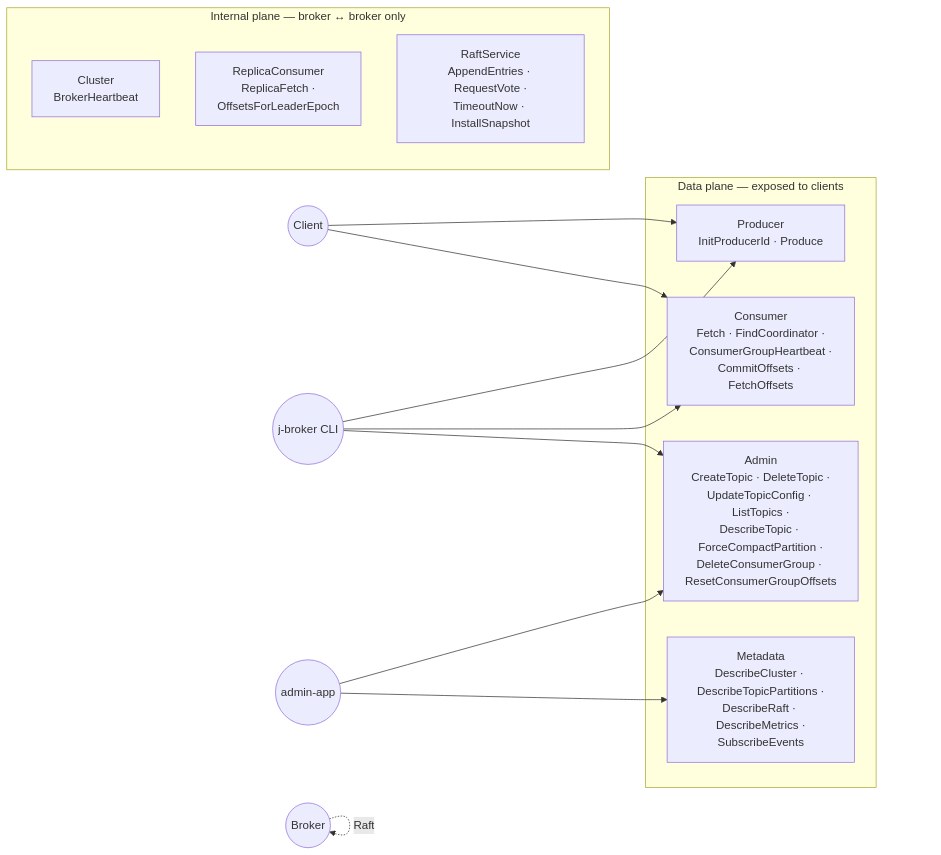
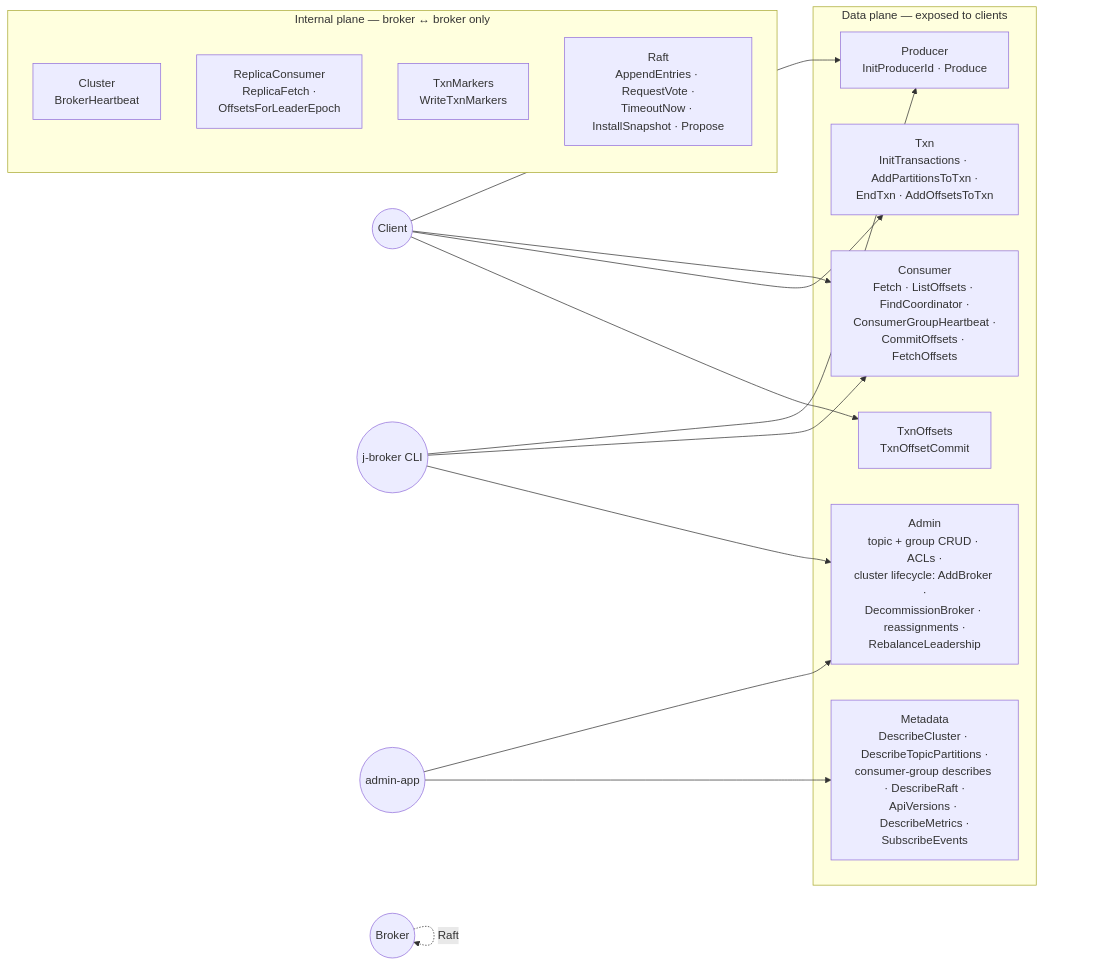
Before and after one commit to jeremainecheong/j-broker: the diagram in proto/README.md, drawn with Mermaid. The commit also changed other lines of this file, not shown here.

First line of the commit message:
docs(proto): txn.proto services, current Admin/Metadata/Consumer surface, Raft service named correctly

````diff
--- a/proto/README.md
+++ b/proto/README.md
@@ -7,27 +7,33 @@
 ```mermaid
 flowchart LR
     Client((Client)) --> Producer
     Client --> Consumer
+    Client --> Txn
+    Client --> TxnOffsets
     Admin_app((admin-app)) --> Admin
     Admin_app --> Metadata
     CLI((j-broker CLI)) --> Producer
     CLI --> Consumer
     CLI --> Admin
 
     subgraph DataPlane[Data plane — exposed to clients]
         Producer[Producer<br/>InitProducerId · Produce]
-        Consumer[Consumer<br/>Fetch · FindCoordinator ·<br/>ConsumerGroupHeartbeat ·<br/>CommitOffsets · FetchOffsets]
-        Admin[Admin<br/>CreateTopic · DeleteTopic ·<br/>UpdateTopicConfig · ListTopics ·<br/>DescribeTopic · ForceCompactPartition ·<br/>DeleteConsumerGroup · ResetConsumerGroupOffsets]
-        Metadata[Metadata<br/>DescribeCluster · DescribeTopicPartitions ·<br/>DescribeRaft · DescribeMetrics ·<br/>SubscribeEvents]
+        Consumer[Consumer<br/>Fetch · ListOffsets · FindCoordinator ·<br/>ConsumerGroupHeartbeat ·<br/>CommitOffsets · FetchOffsets]
+        Txn[Txn<br/>InitTransactions · AddPartitionsToTxn ·<br/>EndTxn · AddOffsetsToTxn]
+        TxnOffsets[TxnOffsets<br/>TxnOffsetCommit]
+        Admin[Admin<br/>topic + group CRUD · ACLs ·<br/>cluster lifecycle&colon; AddBroker ·<br/>DecommissionBroker · reassignments ·<br/>RebalanceLeadership]
+        Metadata[Metadata<br/>DescribeCluster · DescribeTopicPartitions ·<br/>consumer-group describes · DescribeRaft ·<br/>ApiVersions · DescribeMetrics ·<br/>SubscribeEvents]
     end
 
     subgraph InternalPlane[Internal plane — broker ↔ broker only]
         Cluster[Cluster<br/>BrokerHeartbeat]
         ReplicaConsumer[ReplicaConsumer<br/>ReplicaFetch ·<br/>OffsetsForLeaderEpoch]
-        RaftService[RaftService<br/>AppendEntries · RequestVote ·<br/>TimeoutNow · InstallSnapshot]
+        TxnMarkers[TxnMarkers<br/>WriteTxnMarkers]
+        RaftSvc[Raft<br/>AppendEntries · RequestVote ·<br/>TimeoutNow · InstallSnapshot · Propose]
     end
 
     Broker((Broker)) -.heartbeat.-> Broker
     Broker -.ReplicaFetch.-> Broker
+    Broker -.WriteTxnMarkers.-> Broker
     Broker -.Raft.-> Broker
 ```
````
